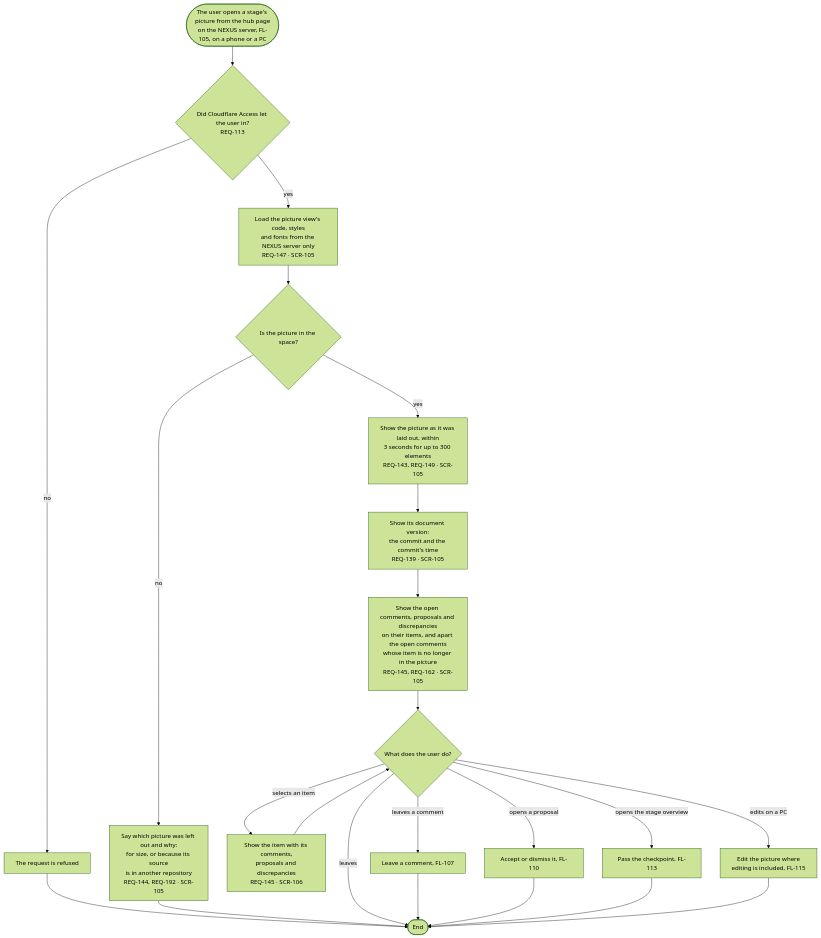
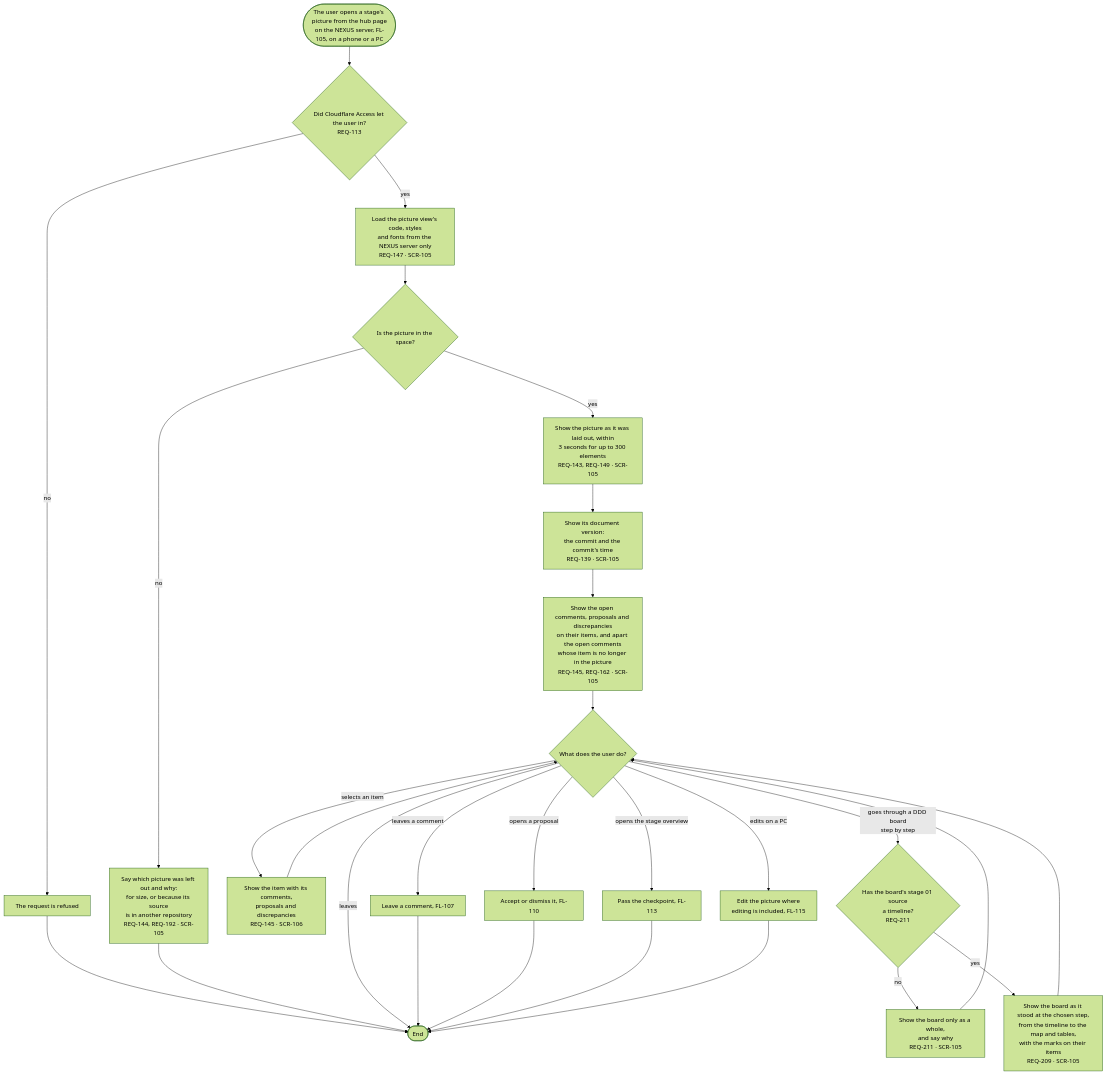
One commit to kodonghui/corthex-nexus changed the diagram in docs/03-user-flow/nexus/FL-106-look-at-a-picture.md. Above: the diagram before and after it, drawn with Mermaid (forest theme). The commit also changed other lines of this file and 28 other files, not shown here.

````diff
--- a/docs/03-user-flow/nexus/FL-106-look-at-a-picture.md
+++ b/docs/03-user-flow/nexus/FL-106-look-at-a-picture.md
@@ -9,25 +9,30 @@
 ```mermaid
 flowchart TD
   A(["The user opens a stage's picture from the hub page<br/>on the NEXUS server, FL-105, on a phone or a PC"]) --> B{"Did Cloudflare Access let the user in?<br/>REQ-113"}
   B -->|no| B1["The request is refused"]
   B1 --> Z(["End"])
   B -->|yes| C["Load the picture view's code, styles<br/>and fonts from the NEXUS server only<br/>REQ-147 · SCR-105"]
   C --> D{"Is the picture in the space?"}
   D -->|no| D1["Say which picture was left out and why:<br/>for size, or because its source<br/>is in another repository<br/>REQ-144, REQ-192 · SCR-105"]
   D1 --> Z
   D -->|yes| E["Show the picture as it was laid out, within<br/>3 seconds for up to 300 elements<br/>REQ-143, REQ-149 · SCR-105"]
   E --> F["Show its document version:<br/>the commit and the commit's time<br/>REQ-139 · SCR-105"]
   F --> G["Show the open comments, proposals and discrepancies<br/>on their items, and apart the open comments<br/>whose item is no longer in the picture<br/>REQ-145, REQ-162 · SCR-105"]
   G --> I{"What does the user do?"}
   I -->|selects an item| J["Show the item with its comments,<br/>proposals and discrepancies<br/>REQ-145 · SCR-106"]
   J --> I
+  I -->|goes through a DDD board<br/>step by step| S{"Has the board's stage 01 source<br/>a timeline?<br/>REQ-211"}
+  S -->|no| S1["Show the board only as a whole,<br/>and say why<br/>REQ-211 · SCR-105"]
+  S1 --> I
+  S -->|yes| S2["Show the board as it stood at the chosen step,<br/>from the timeline to the map and tables,<br/>with the marks on their items<br/>REQ-209 · SCR-105"]
+  S2 --> I
   I -->|leaves a comment| K["Leave a comment, FL-107"]
   I -->|opens a proposal| L["Accept or dismiss it, FL-110"]
   I -->|opens the stage overview| M["Pass the checkpoint, FL-113"]
   I -->|edits on a PC| P["Edit the picture where<br/>editing is included, FL-115"]
   I -->|leaves| Z
   K --> Z
   L --> Z
   M --> Z
   P --> Z
 ```
````
